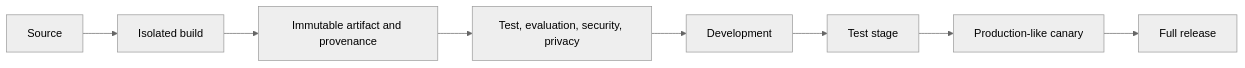
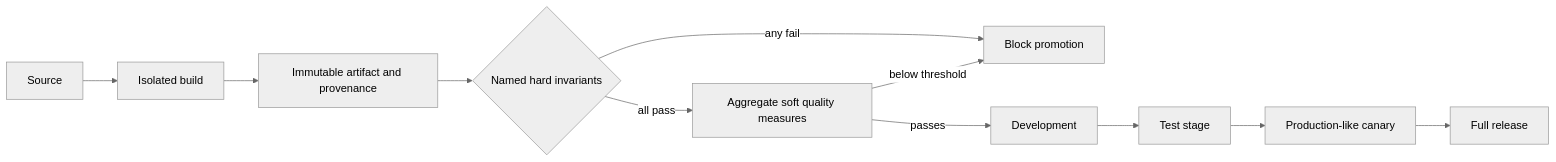
One commit to VikrantSingh01/Agentic_System_Design changed the second of 3 diagrams in modules/07-production-architecture-operations/chapters/31-deployment-and-delivery.md. Above: the diagram before and after it, drawn with Mermaid (neutral theme). The commit also changed other lines of this file and 4 other files, not shown here.

````diff
--- a/modules/07-production-architecture-operations/chapters/31-deployment-and-delivery.md
+++ b/modules/07-production-architecture-operations/chapters/31-deployment-and-delivery.md
@@ -42,10 +42,13 @@
 ```mermaid
 flowchart LR
     S[Source] --> B[Isolated build]
     B --> P[Immutable artifact and provenance]
-    P --> T[Test, evaluation, security, privacy]
-    T --> D[Development]
+    P --> H{Named hard invariants}
+    H -->|any fail| X[Block promotion]
+    H -->|all pass| T[Aggregate soft quality measures]
+    T -->|below threshold| X
+    T -->|passes| D[Development]
     D --> Q[Test stage]
     Q --> C[Production-like canary]
     C --> F[Full release]
 ```
````
